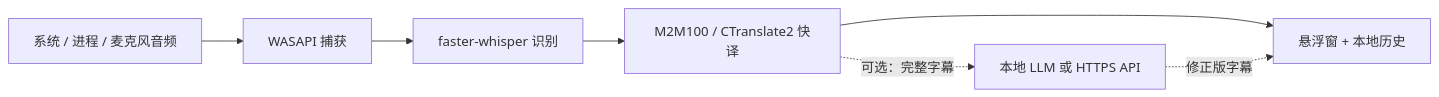
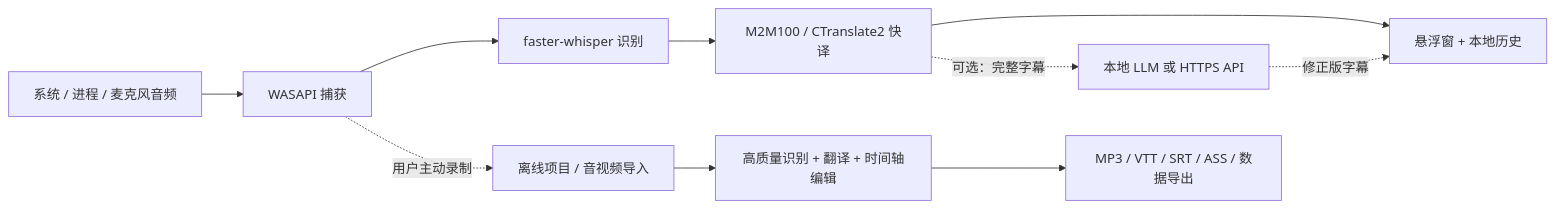
One commit to MuzeAnisichael/LinguaRelay changed the diagram in README.zh-CN.md. Above: the diagram before and after it, drawn with Mermaid. The commit also changed other lines of this file and 52 other files, not shown here.

````diff
--- a/README.zh-CN.md
+++ b/README.zh-CN.md
@@ -83,9 +98,12 @@
 ```mermaid
 flowchart LR
     A["系统 / 进程 / 麦克风音频"] --> B["WASAPI 捕获"]
     B --> C["faster-whisper 识别"]
     C --> D["M2M100 / CTranslate2 快译"]
     D --> E["悬浮窗 + 本地历史"]
     D -. "可选：完整字幕" .-> F["本地 LLM 或 HTTPS API"]
     F -. "修正版字幕" .-> E
+    B -. "用户主动录制" .-> G["离线项目 / 音视频导入"]
+    G --> H["高质量识别 + 翻译 + 时间轴编辑"]
+    H --> I["MP3 / VTT / SRT / ASS / 数据导出"]
 ```
````
